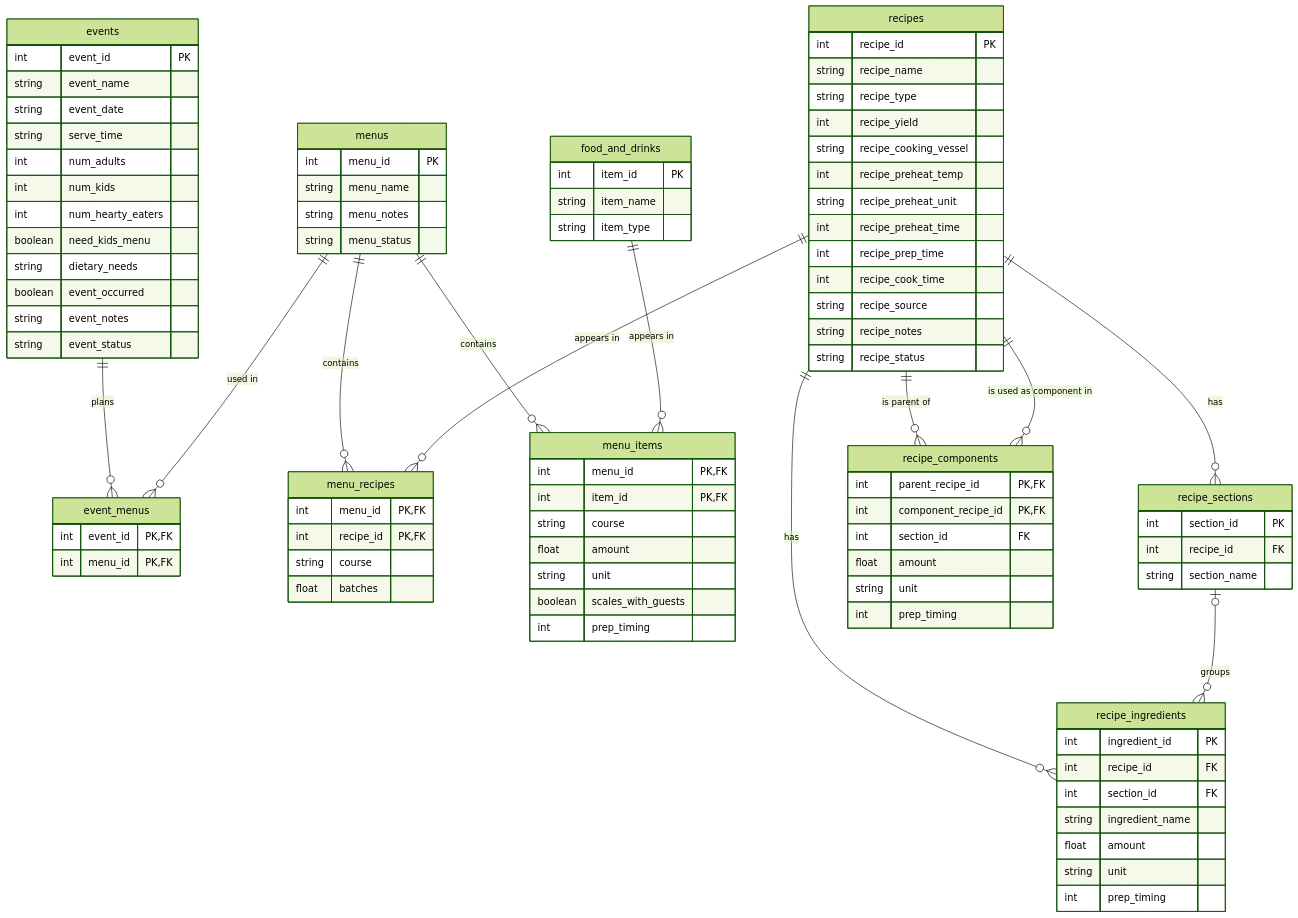
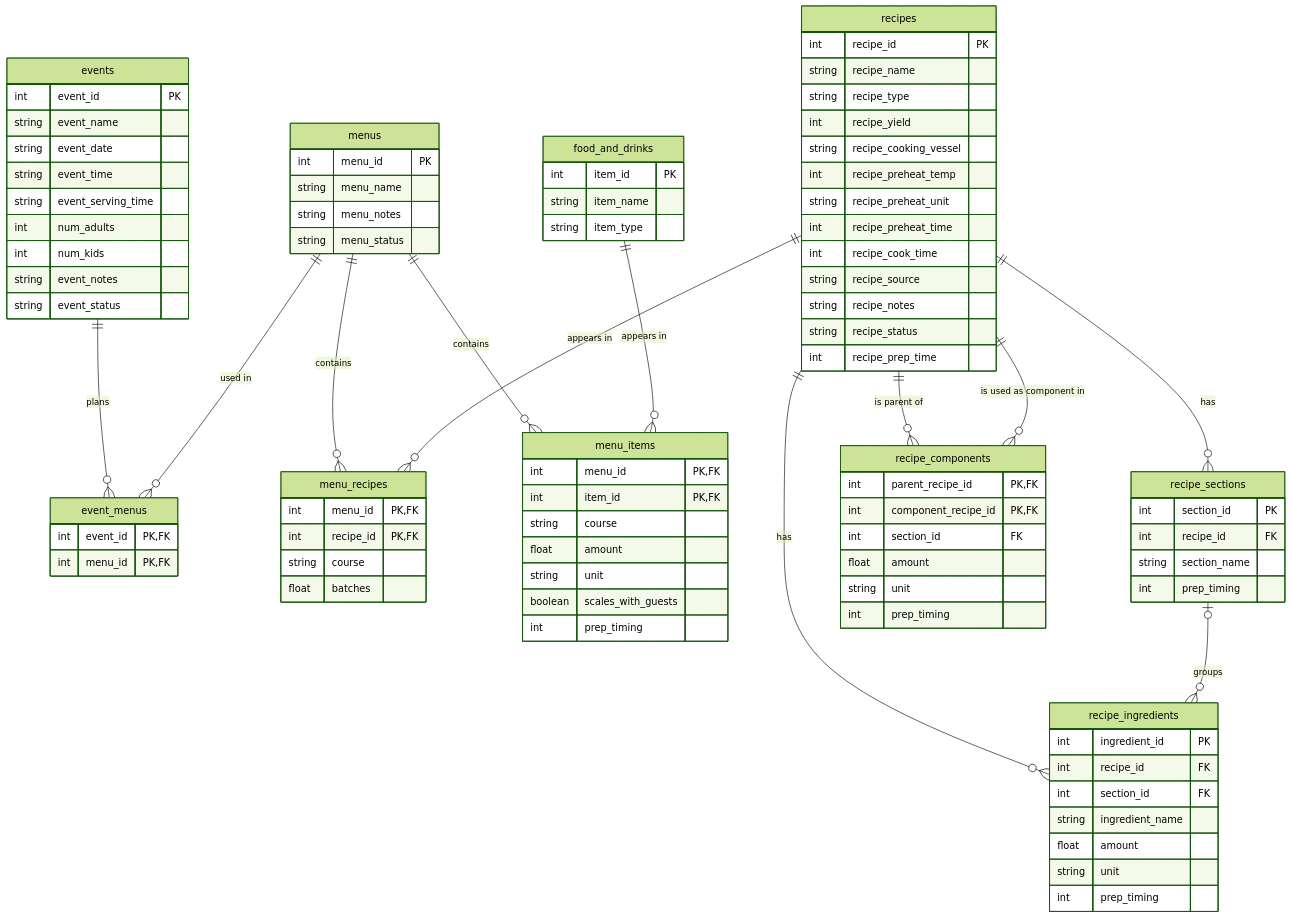
Before and after one commit to lorenrich/ready_by_then: the diagram in README.md, drawn with Mermaid (forest theme). The commit also changed other lines of this file and 5 other files, not shown here.

```diff
--- a/README.md
+++ b/README.md
@@ -38,13 +38,10 @@
         int event_id PK
         string event_name
         string event_date
-        string serve_time
+        string event_time
+        string event_serving_time
         int num_adults
         int num_kids
-        int num_hearty_eaters
-        boolean need_kids_menu
-        string dietary_needs
-        boolean event_occurred
         string event_notes
         string event_status
     }
@@ -67,11 +64,11 @@
         int recipe_preheat_temp
         string recipe_preheat_unit
         int recipe_preheat_time
-        int recipe_prep_time
         int recipe_cook_time
         string recipe_source
         string recipe_notes
         string recipe_status
+        int recipe_prep_time
     }
     menu_recipes {
         int menu_id PK, FK
@@ -83,6 +80,7 @@
         int section_id PK
         int recipe_id FK
         string section_name
+        int prep_timing
     }
     recipe_ingredients {
         int ingredient_id PK
```
